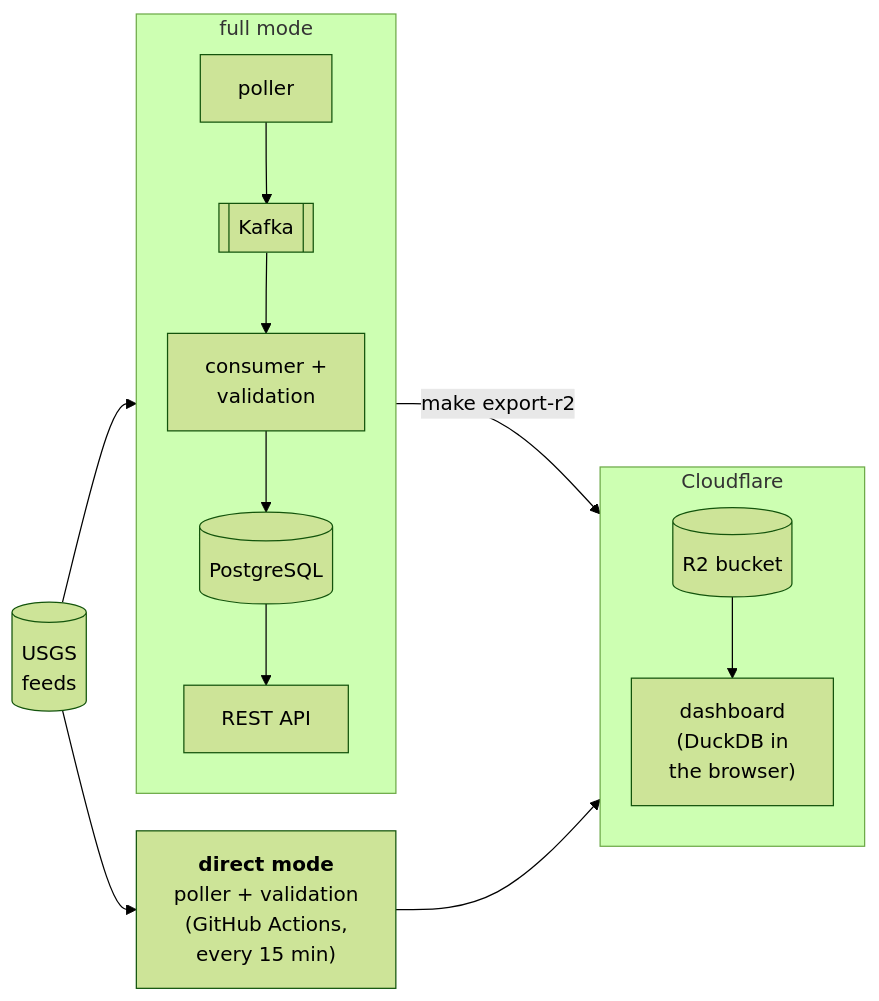
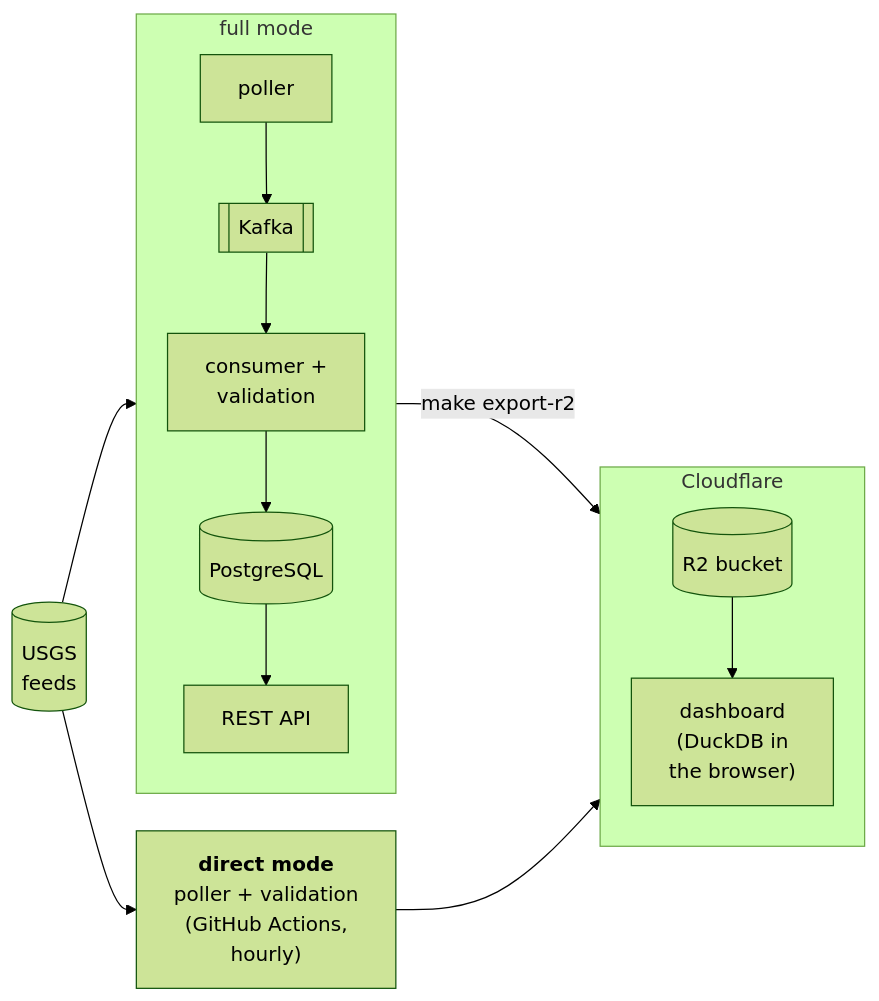
One commit to dienarvaez1/earth-hub changed the first of 2 diagrams in README.md. Above: the diagram before and after it, drawn with Mermaid (forest theme). The commit also changed other lines of this file and 23 other files, not shown here.

First line of the commit message:
feat: start direct rounds hourly from a Cloudflare cron trigger (DEF-052) (#40)

````diff
--- a/README.md
+++ b/README.md
@@ -15,19 +15,19 @@
 ```mermaid
 %%{init: {"flowchart": {"rankSpacing": 40, "nodeSpacing": 30}}}%%
 flowchart LR
     usgs[("USGS<br/>feeds")]
     subgraph full["full mode"]
         direction TB
         poller --> kafka[["Kafka"]] --> consumer["consumer +<br/>validation"]
         consumer --> pg[("PostgreSQL")] --> api["REST API"]
     end
-    direct["<b>direct mode</b><br/>poller + validation<br/>(GitHub Actions,<br/>every 15 min)"]
+    direct["<b>direct mode</b><br/>poller + validation<br/>(GitHub Actions,<br/>hourly)"]
     subgraph cf["Cloudflare"]
         direction TB
         r2[("R2 bucket")] --> dash["dashboard<br/>(DuckDB in<br/>the browser)"]
     end
     usgs --> full
     usgs --> direct
     full -- "make export-r2" --> cf
     direct --> cf
 ```
````
